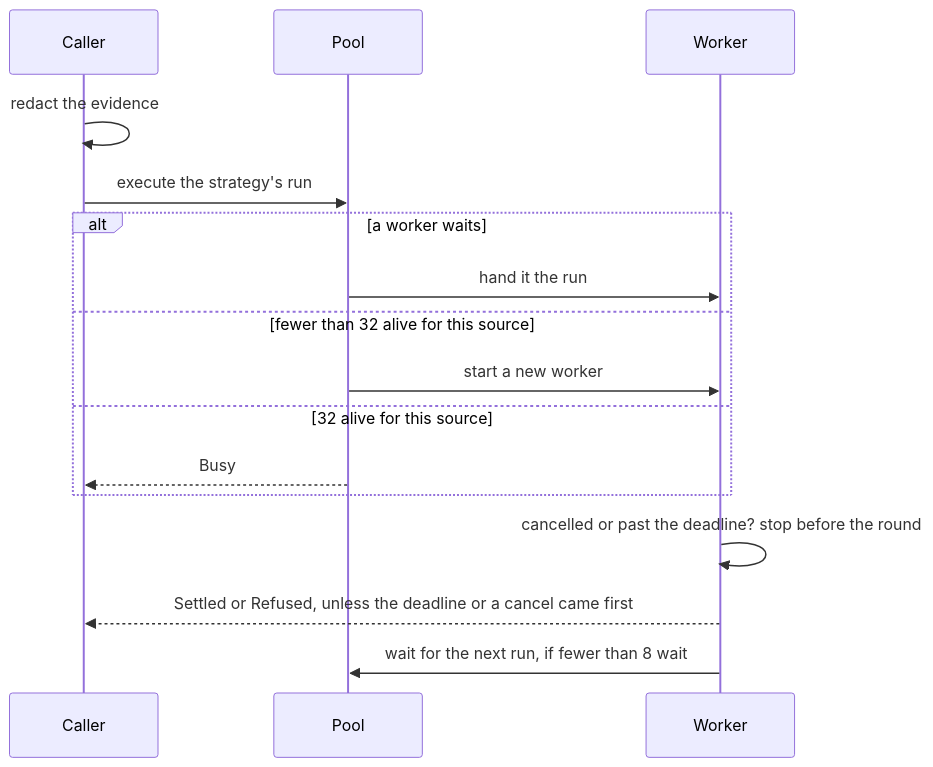
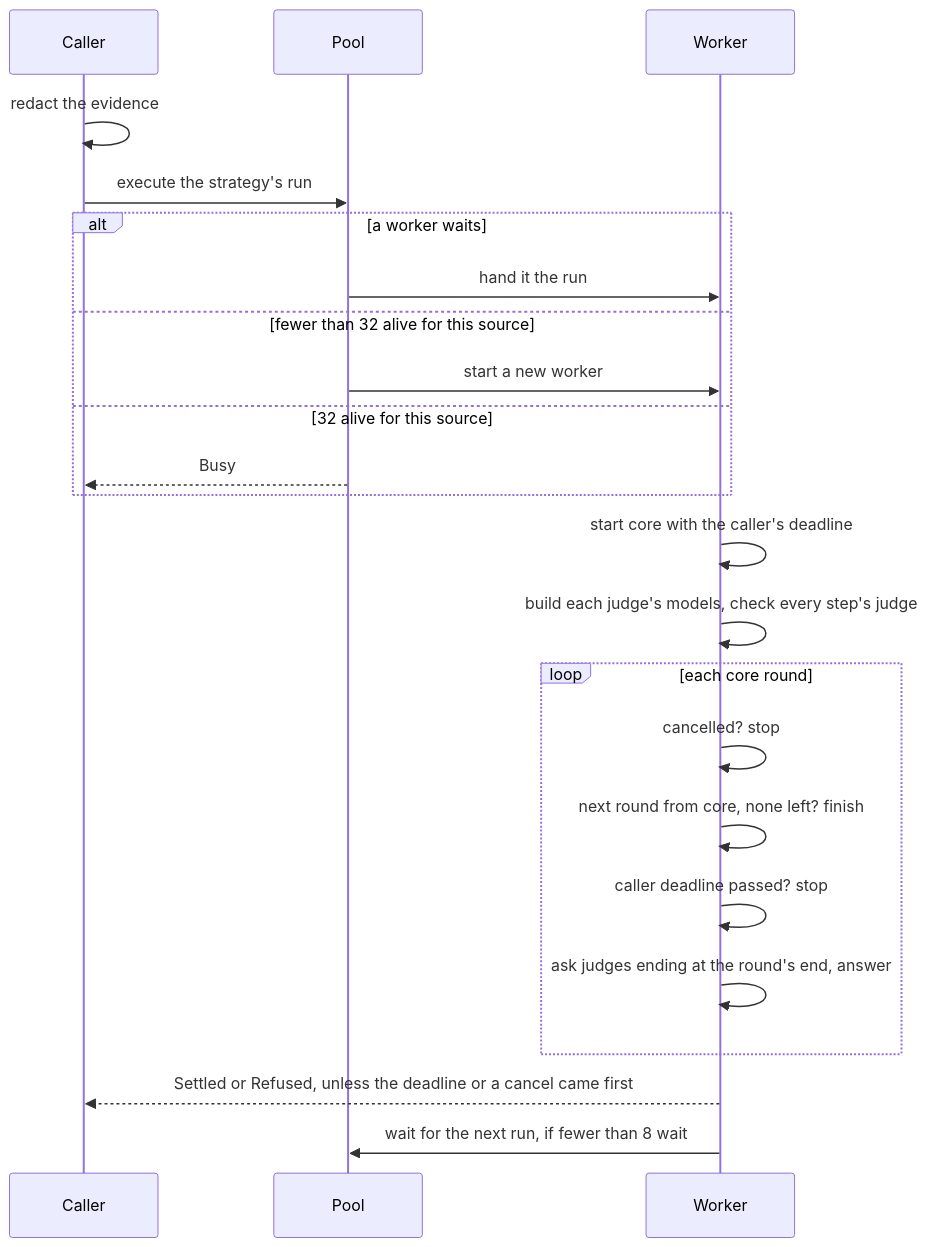
The diagram in crates/runtime/src/run/README.md (wrkhse/chauffeur), drawn with Mermaid before and after one commit. The commit also changed other lines of this file and 42 other files, not shown here.

````diff
--- a/crates/runtime/src/run/README.md
+++ b/crates/runtime/src/run/README.md
@@ -15,18 +8,25 @@
 ```mermaid
 sequenceDiagram
     participant C as Caller
     participant P as Pool
     participant W as Worker
     C->>C: redact the evidence
     C->>P: execute the strategy's run
     alt a worker waits
         P->>W: hand it the run
     else fewer than 32 alive for this source
         P->>W: start a new worker
     else 32 alive for this source
         P-->>C: Busy
     end
-    W->>W: cancelled or past the deadline? stop before the round
+    W->>W: start core with the caller's deadline
+    W->>W: build each judge's models, check every step's judge
+    loop each core round
+        W->>W: cancelled? stop
+        W->>W: next round from core, none left? finish
+        W->>W: caller deadline passed? stop
+        W->>W: ask judges ending at the round's end, answer
+    end
     W-->>C: Settled or Refused, unless the deadline or a cancel came first
     W->>P: wait for the next run, if fewer than 8 wait
 ```
````
